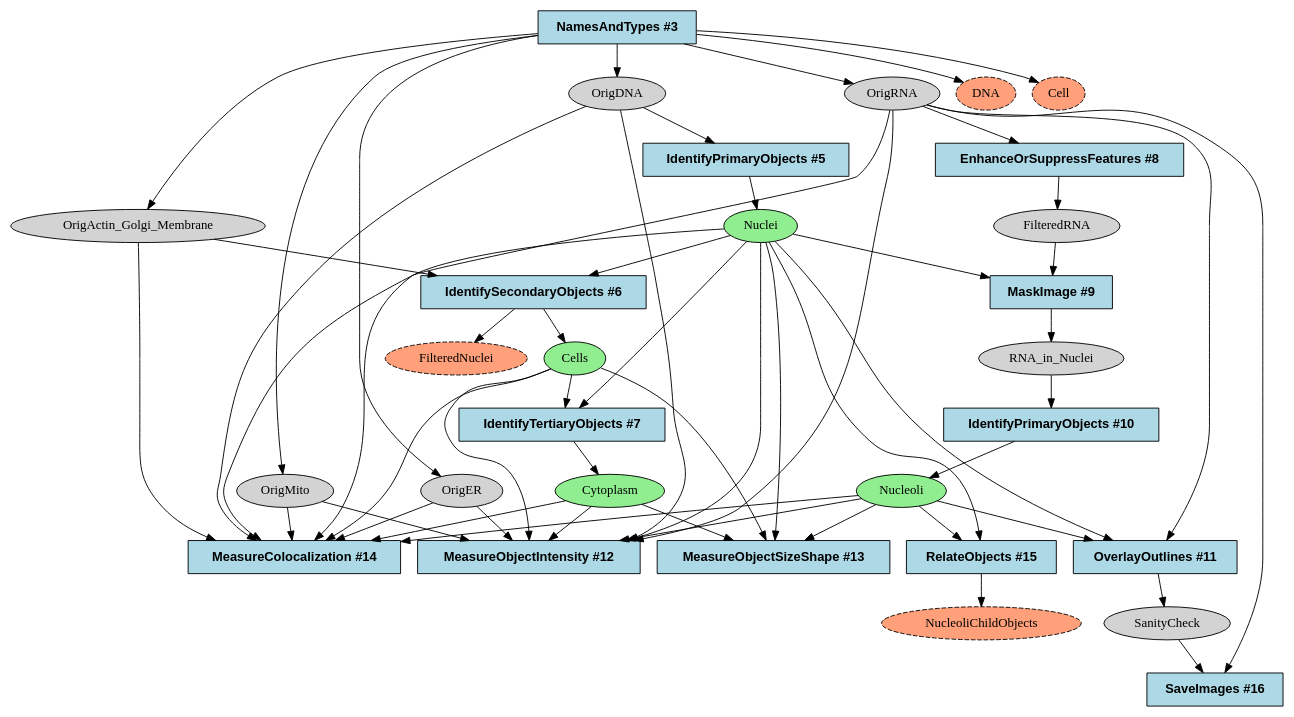
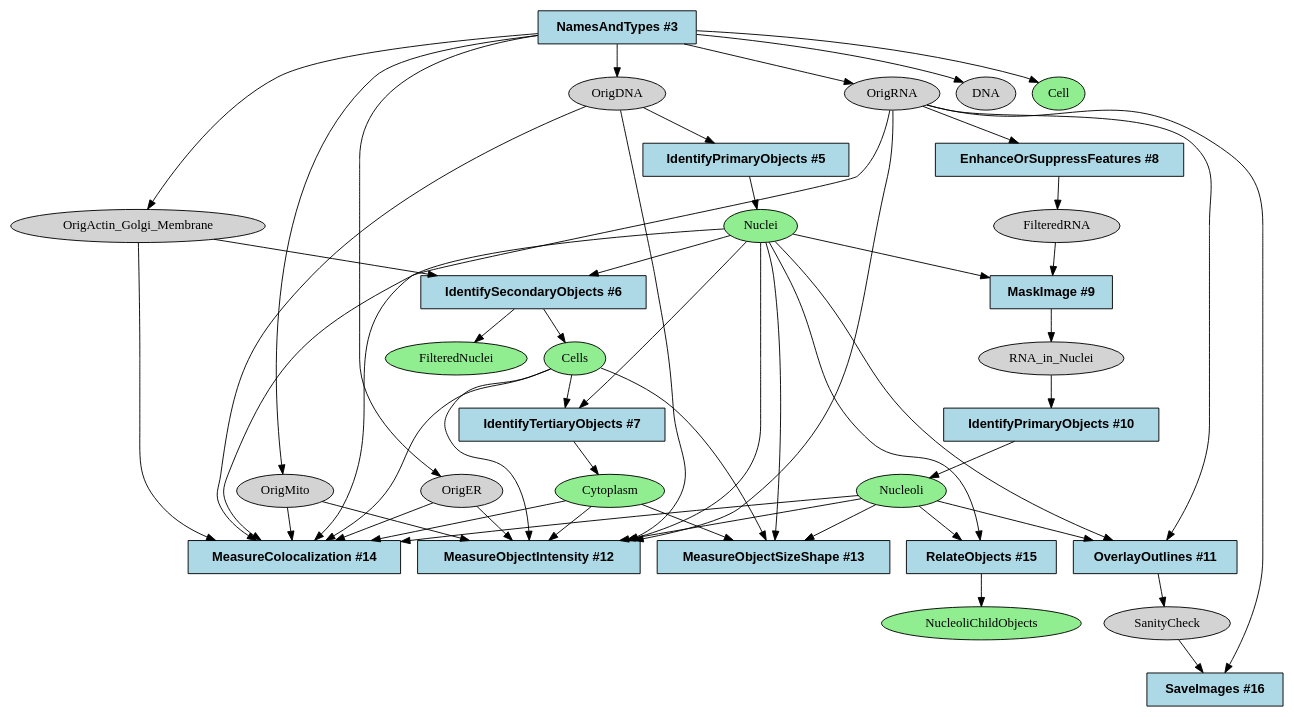
One commit to shntnu/cp_graph changed the diagram in examples/output/beg_segmentation.dot. Above: the diagram before and after it, drawn with Graphviz. The commit also changed 5 other files, not shown here.

```diff
--- a/examples/output/beg_segmentation.dot
+++ b/examples/output/beg_segmentation.dot
@@ -1,84 +1,84 @@
 strict digraph {
 EnhanceOrSuppressFeatures_49d444fd [type=module, label="EnhanceOrSuppressFeatures #8", module_name=EnhanceOrSuppressFeatures, module_num=8, original_num=8, stable_id="EnhanceOrSuppressFeatures_49d444fd", enabled=True, shape=box, style=filled, fontname="Helvetica-Bold", fillcolor=lightblue];
 IdentifyPrimaryObjects_421828fd [type=module, label="IdentifyPrimaryObjects #10", module_name=IdentifyPrimaryObjects, module_num=10, original_num=10, stable_id="IdentifyPrimaryObjects_421828fd", enabled=True, shape=box, style=filled, fontname="Helvetica-Bold", fillcolor=lightblue];
 IdentifyPrimaryObjects_e0743572 [type=module, label="IdentifyPrimaryObjects #5", module_name=IdentifyPrimaryObjects, module_num=5, original_num=5, stable_id="IdentifyPrimaryObjects_e0743572", enabled=True, shape=box, style=filled, fontname="Helvetica-Bold", fillcolor=lightblue];
 IdentifySecondaryObjects_602cd3c2 [type=module, label="IdentifySecondaryObjects #6", module_name=IdentifySecondaryObjects, module_num=6, original_num=6, stable_id="IdentifySecondaryObjects_602cd3c2", enabled=True, shape=box, style=filled, fontname="Helvetica-Bold", fillcolor=lightblue];
 IdentifyTertiaryObjects_ac7b69a9 [type=module, label="IdentifyTertiaryObjects #7", module_name=IdentifyTertiaryObjects, module_num=7, original_num=7, stable_id="IdentifyTertiaryObjects_ac7b69a9", enabled=True, shape=box, style=filled, fontname="Helvetica-Bold", fillcolor=lightblue];
 MaskImage_c17500f8 [type=module, label="MaskImage #9", module_name=MaskImage, module_num=9, original_num=9, stable_id="MaskImage_c17500f8", enabled=True, shape=box, style=filled, fontname="Helvetica-Bold", fillcolor=lightblue];
 MeasureColocalization_81fd9a82 [type=module, label="MeasureColocalization #14", module_name=MeasureColocalization, module_num=14, original_num=14, stable_id="MeasureColocalization_81fd9a82", enabled=True, shape=box, style=filled, fontname="Helvetica-Bold", fillcolor=lightblue];
 MeasureObjectIntensity_7e38a793 [type=module, label="MeasureObjectIntensity #12", module_name=MeasureObjectIntensity, module_num=12, original_num=12, stable_id="MeasureObjectIntensity_7e38a793", enabled=True, shape=box, style=filled, fontname="Helvetica-Bold", fillcolor=lightblue];
 MeasureObjectSizeShape_b74e980e [type=module, label="MeasureObjectSizeShape #13", module_name=MeasureObjectSizeShape, module_num=13, original_num=13, stable_id="MeasureObjectSizeShape_b74e980e", enabled=True, shape=box, style=filled, fontname="Helvetica-Bold", fillcolor=lightblue];
 NamesAndTypes_3270e965 [type=module, label="NamesAndTypes #3", module_name=NamesAndTypes, module_num=3, original_num=3, stable_id="NamesAndTypes_3270e965", enabled=True, shape=box, style=filled, fontname="Helvetica-Bold", fillcolor=lightblue];
 OverlayOutlines_c307f0ac [type=module, label="OverlayOutlines #11", module_name=OverlayOutlines, module_num=11, original_num=11, stable_id="OverlayOutlines_c307f0ac", enabled=True, shape=box, style=filled, fontname="Helvetica-Bold", fillcolor=lightblue];
 RelateObjects_a0fdd759 [type=module, label="RelateObjects #15", module_name=RelateObjects, module_num=15, original_num=15, stable_id="RelateObjects_a0fdd759", enabled=True, shape=box, style=filled, fontname="Helvetica-Bold", fillcolor=lightblue];
 SaveImages_36fea0db [type=module, label="SaveImages #16", module_name=SaveImages, module_num=16, original_num=16, stable_id="SaveImages_36fea0db", enabled=True, shape=box, style=filled, fontname="Helvetica-Bold", fillcolor=lightblue];
-image__DNA [type=image, label=DNA, filtered=True, shape=ellipse, style="filled,dashed", fillcolor=lightsalmon];
+image__DNA [type=image, label=DNA, shape=ellipse, style=filled, fillcolor=lightgray];
 image__FilteredRNA [type=image, label=FilteredRNA, shape=ellipse, style=filled, fillcolor=lightgray];
 image__OrigActin_Golgi_Membrane [type=image, label="OrigActin_Golgi_Membrane", shape=ellipse, style=filled, fillcolor=lightgray];
 image__OrigDNA [type=image, label=OrigDNA, shape=ellipse, style=filled, fillcolor=lightgray];
 image__OrigER [type=image, label=OrigER, shape=ellipse, style=filled, fillcolor=lightgray];
 image__OrigMito [type=image, label=OrigMito, shape=ellipse, style=filled, fillcolor=lightgray];
 image__OrigRNA [type=image, label=OrigRNA, shape=ellipse, style=filled, fillcolor=lightgray];
 image__RNA_in_Nuclei [type=image, label="RNA_in_Nuclei", shape=ellipse, style=filled, fillcolor=lightgray];
 image__SanityCheck [type=image, label=SanityCheck, shape=ellipse, style=filled, fillcolor=lightgray];
-object__Cell [type=object, label=Cell, filtered=True, shape=ellipse, style="filled,dashed", fillcolor=lightsalmon];
+object__Cell [type=object, label=Cell, shape=ellipse, style=filled, fillcolor=lightgreen];
 object__Cells [type=object, label=Cells, shape=ellipse, style=filled, fillcolor=lightgreen];
 object__Cytoplasm [type=object, label=Cytoplasm, shape=ellipse, style=filled, fillcolor=lightgreen];
-object__FilteredNuclei [type=object, label=FilteredNuclei, filtered=True, shape=ellipse, style="filled,dashed", fillcolor=lightsalmon];
+object__FilteredNuclei [type=object, label=FilteredNuclei, shape=ellipse, style=filled, fillcolor=lightgreen];
 object__Nuclei [type=object, label=Nuclei, shape=ellipse, style=filled, fillcolor=lightgreen];
 object__Nucleoli [type=object, label=Nucleoli, shape=ellipse, style=filled, fillcolor=lightgreen];
-object__NucleoliChildObjects [type=object, label=NucleoliChildObjects, filtered=True, shape=ellipse, style="filled,dashed", fillcolor=lightsalmon];
+object__NucleoliChildObjects [type=object, label=NucleoliChildObjects, shape=ellipse, style=filled, fillcolor=lightgreen];
 EnhanceOrSuppressFeatures_49d444fd -> image__FilteredRNA [type="image_output"];
 IdentifyPrimaryObjects_421828fd -> object__Nucleoli [type="object_output"];
 IdentifyPrimaryObjects_e0743572 -> object__Nuclei [type="object_output"];
 IdentifySecondaryObjects_602cd3c2 -> object__Cells [type="object_output"];
 IdentifySecondaryObjects_602cd3c2 -> object__FilteredNuclei [type="object_output"];
 IdentifyTertiaryObjects_ac7b69a9 -> object__Cytoplasm [type="object_output"];
 MaskImage_c17500f8 -> image__RNA_in_Nuclei [type="image_output"];
 NamesAndTypes_3270e965 -> image__DNA [type="image_output"];
 NamesAndTypes_3270e965 -> image__OrigActin_Golgi_Membrane [type="image_output"];
 NamesAndTypes_3270e965 -> image__OrigDNA [type="image_output"];
 NamesAndTypes_3270e965 -> image__OrigER [type="image_output"];
 NamesAndTypes_3270e965 -> image__OrigMito [type="image_output"];
 NamesAndTypes_3270e965 -> image__OrigRNA [type="image_output"];
 NamesAndTypes_3270e965 -> object__Cell [type="object_output"];
 OverlayOutlines_c307f0ac -> image__SanityCheck [type="image_output"];
 RelateObjects_a0fdd759 -> object__NucleoliChildObjects [type="object_output"];
 image__FilteredRNA -> MaskImage_c17500f8 [type="image_input"];
 image__OrigActin_Golgi_Membrane -> IdentifySecondaryObjects_602cd3c2 [type="image_input"];
 image__OrigActin_Golgi_Membrane -> MeasureColocalization_81fd9a82 [type="image_list_input"];
 image__OrigDNA -> IdentifyPrimaryObjects_e0743572 [type="image_input"];
 image__OrigDNA -> MeasureColocalization_81fd9a82 [type="image_list_input"];
 image__OrigDNA -> MeasureObjectIntensity_7e38a793 [type="image_list_input"];
 image__OrigER -> MeasureColocalization_81fd9a82 [type="image_list_input"];
 image__OrigER -> MeasureObjectIntensity_7e38a793 [type="image_list_input"];
 image__OrigMito -> MeasureColocalization_81fd9a82 [type="image_list_input"];
 image__OrigMito -> MeasureObjectIntensity_7e38a793 [type="image_list_input"];
 image__OrigRNA -> EnhanceOrSuppressFeatures_49d444fd [type="image_input"];
 image__OrigRNA -> MeasureColocalization_81fd9a82 [type="image_list_input"];
 image__OrigRNA -> MeasureObjectIntensity_7e38a793 [type="image_list_input"];
 image__OrigRNA -> OverlayOutlines_c307f0ac [type="image_input"];
 image__OrigRNA -> SaveImages_36fea0db [type="image_input"];
 image__RNA_in_Nuclei -> IdentifyPrimaryObjects_421828fd [type="image_input"];
 image__SanityCheck -> SaveImages_36fea0db [type="image_input"];
 object__Cells -> IdentifyTertiaryObjects_ac7b69a9 [type="object_input"];
 object__Cells -> MeasureColocalization_81fd9a82 [type="object_list_input"];
 object__Cells -> MeasureObjectIntensity_7e38a793 [type="object_list_input"];
 object__Cells -> MeasureObjectSizeShape_b74e980e [type="object_list_input"];
 object__Cytoplasm -> MeasureColocalization_81fd9a82 [type="object_list_input"];
 object__Cytoplasm -> MeasureObjectIntensity_7e38a793 [type="object_list_input"];
 object__Cytoplasm -> MeasureObjectSizeShape_b74e980e [type="object_list_input"];
 object__Nuclei -> IdentifySecondaryObjects_602cd3c2 [type="object_input"];
 object__Nuclei -> IdentifyTertiaryObjects_ac7b69a9 [type="object_input"];
 object__Nuclei -> MaskImage_c17500f8 [type="object_input"];
 object__Nuclei -> MeasureColocalization_81fd9a82 [type="object_list_input"];
 object__Nuclei -> MeasureObjectIntensity_7e38a793 [type="object_list_input"];
 object__Nuclei -> MeasureObjectSizeShape_b74e980e [type="object_list_input"];
 object__Nuclei -> OverlayOutlines_c307f0ac [type="object_input"];
 object__Nuclei -> RelateObjects_a0fdd759 [type="object_input"];
 object__Nucleoli -> MeasureColocalization_81fd9a82 [type="object_list_input"];
 object__Nucleoli -> MeasureObjectIntensity_7e38a793 [type="object_list_input"];
 object__Nucleoli -> MeasureObjectSizeShape_b74e980e [type="object_list_input"];
 object__Nucleoli -> OverlayOutlines_c307f0ac [type="object_input"];
 object__Nucleoli -> RelateObjects_a0fdd759 [type="object_input"];
 }
```
